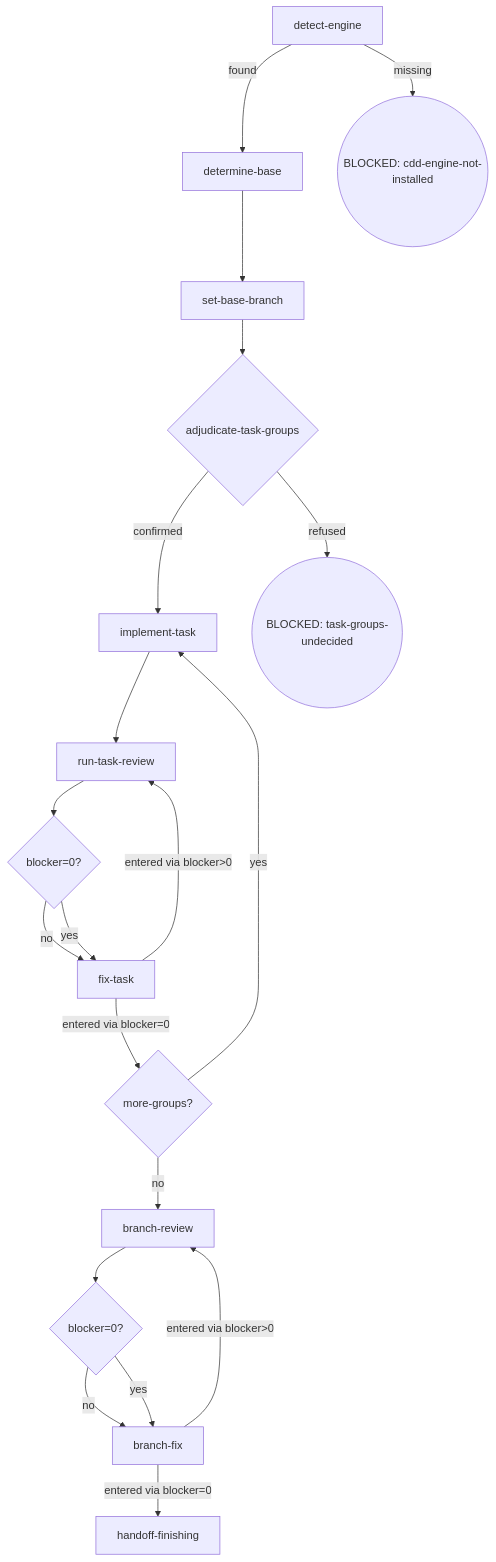
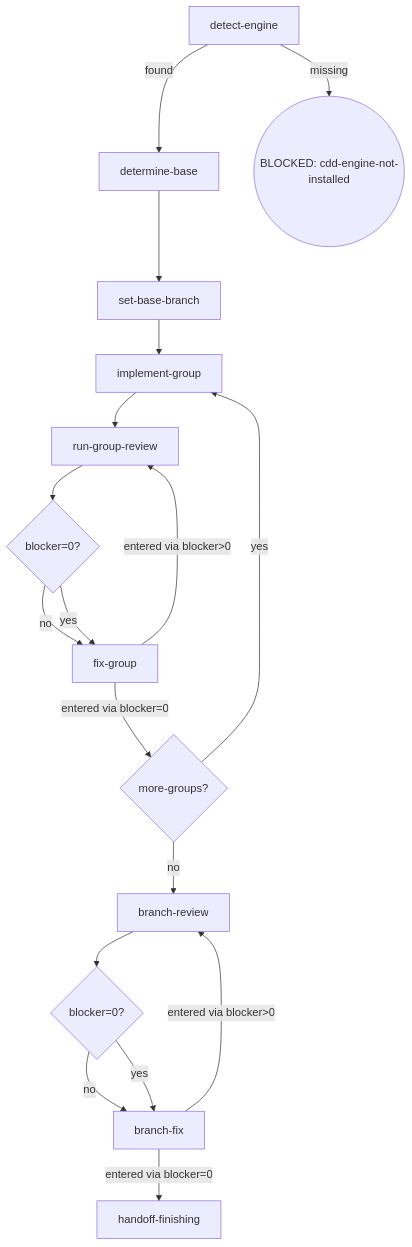
Before and after one commit to Oscaner/skills: the diagram in packages/osuperpowers/skills/cli-driven-development/SKILL.md, drawn with Mermaid. The commit also changed other lines of this file and 14 other files, not shown here.

Commit message:
feat(cdd-engine): P4.4 Task 10-11 — REVIEW_FIX 三段表述 ×5、PAP 移除面、裁定迁移/loop 更名、收口回填

````diff
--- a/packages/osuperpowers/skills/cli-driven-development/SKILL.md
+++ b/packages/osuperpowers/skills/cli-driven-development/SKILL.md
@@ -12,22 +12,20 @@
 ```mermaid
 flowchart TD
   A[detect-engine] -->|found| B[determine-base]
   A -->|missing| Z0((BLOCKED: cdd-engine-not-installed))
   B --> C[set-base-branch]
-  C --> T{adjudicate-task-groups}
-  T -->|confirmed| D[implement-task]
-  T -->|refused| Z1((BLOCKED: task-groups-undecided))
-  D --> E[run-task-review]
+  C --> D[implement-group]
+  D --> E[run-group-review]
   E --> F{blocker=0?}
-  F -->|no| G[fix-task]
+  F -->|no| G[fix-group]
   F -->|yes| G
   G -->|entered via blocker>0| E
   G -->|entered via blocker=0| H{more-groups?}
   H -->|yes| D
   H -->|no| K[branch-review]
   K --> I{blocker=0?}
   I -->|no| J[branch-fix]
   I -->|yes| J
   J -->|entered via blocker>0| K
   J -->|entered via blocker=0| L[handoff-finishing]
 ```
````
